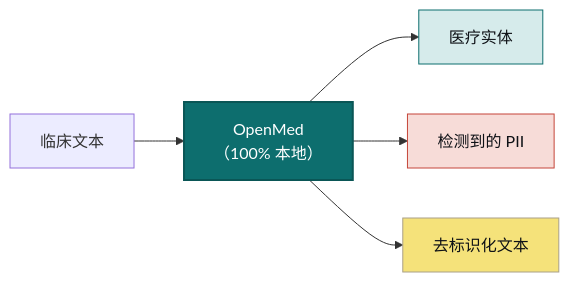
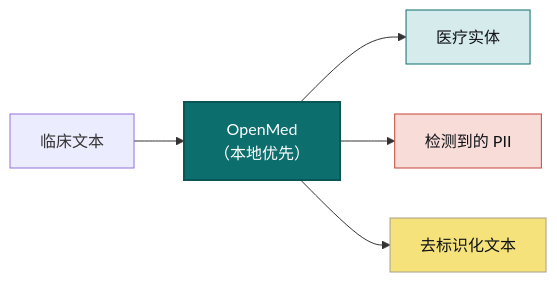
One commit to maziyarpanahi/openmed changed the diagram in README.zh-CN.md. Above: the diagram before and after it, drawn with Mermaid. The commit also changed other lines of this file, not shown here.

````diff
--- a/README.zh-CN.md
+++ b/README.zh-CN.md
@@ -235,11 +223,11 @@
 ```mermaid
 flowchart LR
-    A["临床文本"] --> B["OpenMed<br/>（100% 本地）"]
+    A["临床文本"] --> B["OpenMed<br/>（本地优先）"]
     B --> C["医疗实体"]
     B --> D["检测到的 PII"]
     B --> E["去标识化文本"]
     style B fill:#0D6E6E,stroke:#0A5656,stroke-width:2px,color:#ffffff
     style C fill:#D6EBEB,stroke:#0D6E6E,color:#0E1116
     style D fill:#F7DCD8,stroke:#C5453A,color:#0E1116
     style E fill:#F5E27A,stroke:#A9A088,color:#0E1116
 ```
````
